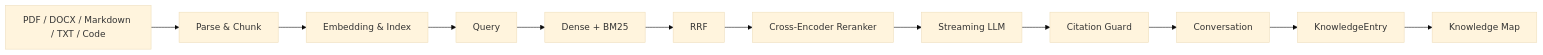
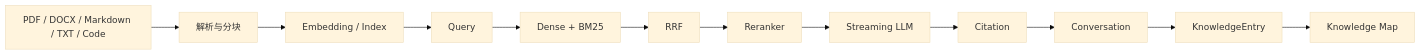
The diagram in README.md (485524097/TraceMind), drawn with Mermaid (base theme) before and after one commit. The commit also changed other lines of this file, not shown here.

````diff
--- a/README.md
+++ b/README.md
@@ -30,14 +140,14 @@
 ```mermaid
 flowchart LR
-    A["PDF / DOCX / Markdown / TXT / Code"] --> B["Parse & Chunk"]
-    B --> C["Embedding & Index"]
+    A["PDF / DOCX / Markdown / TXT / Code"] --> B["解析与分块"]
+    B --> C["Embedding / Index"]
     C --> D["Query"]
     D --> E["Dense + BM25"]
     E --> F["RRF"]
-    F --> G["Cross-Encoder Reranker"]
+    F --> G["Reranker"]
     G --> H["Streaming LLM"]
-    H --> I["Citation Guard"]
+    H --> I["Citation"]
     I --> J["Conversation"]
     J --> K["KnowledgeEntry"]
     K --> L["Knowledge Map"]
 ```
````
